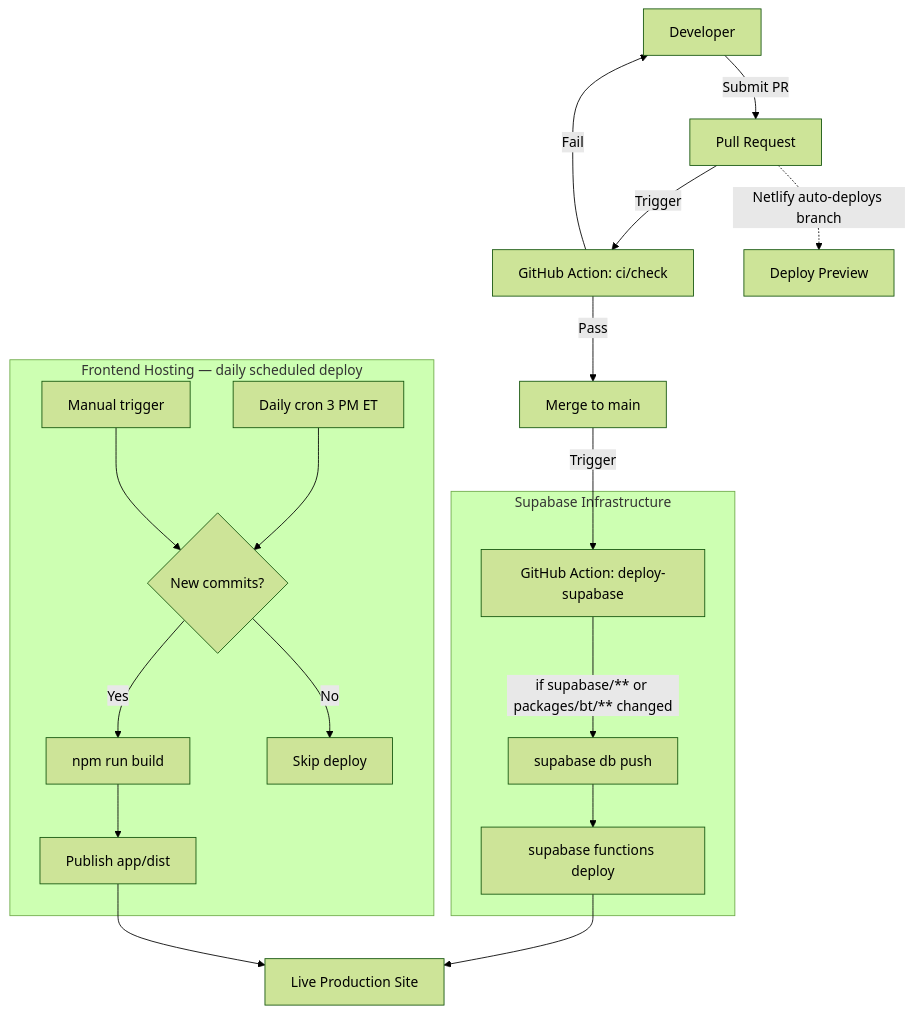
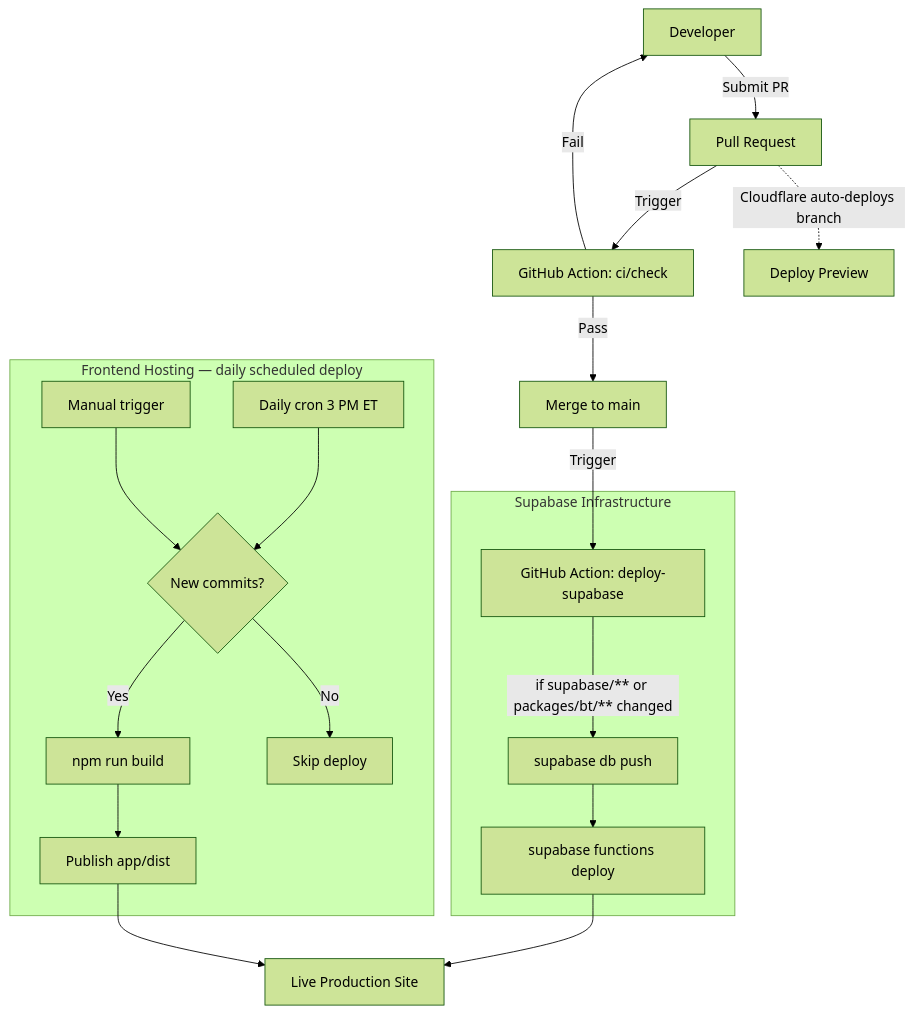
Before and after one commit to pandeiro/CoasterRank: the diagram in README.md, drawn with Mermaid (forest theme). The commit also changed other lines of this file and 6 other files, not shown here.

Commit message:
feat: migrate SPA hosting from Netlify to Cloudflare Pages

````diff
--- a/README.md
+++ b/README.md
@@ -37,26 +37,26 @@
 ```mermaid
 graph TD
     Dev[Developer] -->|Submit PR| PR[Pull Request]
     PR -->|Trigger| CI[GitHub Action: ci/check]
-    PR -.->|Netlify auto-deploys branch| Preview[Deploy Preview]
+    PR -.->|Cloudflare auto-deploys branch| Preview[Deploy Preview]
     CI -->|Pass| Merge[Merge to main]
     CI -->|Fail| Dev
 
     Merge -->|Trigger| GH_Deploy[GitHub Action: deploy-supabase]
 
     subgraph Supabase [Supabase Infrastructure]
         GH_Deploy -->|if supabase/** or packages/bt/** changed| DB[supabase db push]
         DB --> Func[supabase functions deploy]
     end
 
     subgraph Frontend [Frontend Hosting — daily scheduled deploy]
         Cron[Daily cron 3 PM ET] --> Check{New commits?}
         Manual[Manual trigger] --> Check
         Check -->|Yes| Build[npm run build]
         Check -->|No| Skip[Skip deploy]
         Build --> Deploy[Publish app/dist]
     end
 
     Func --> Site[Live Production Site]
     Deploy --> Site
 ```
````
